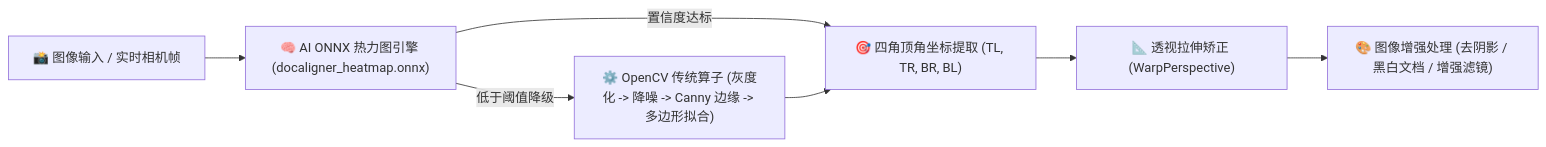
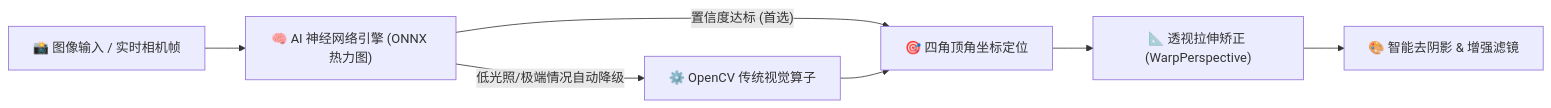
Before and after one commit to bronya19c818/firefly-scan: the first of 2 diagrams in README.md, drawn with Mermaid. The commit also changed other lines of this file, not shown here.

````diff
--- a/README.md
+++ b/README.md
@@ -138,9 +60,9 @@
 ```mermaid
 flowchart LR
-    Input["📸 图像输入 / 实时相机帧"] --> AI_Engine["🧠 AI ONNX 热力图引擎 (docaligner_heatmap.onnx)"]
-    AI_Engine -- "置信度达标" --> Quad["🎯 四角顶角坐标提取 (TL, TR, BR, BL)"]
-    AI_Engine -- "低于阈值降级" --> OpenCV_Engine["⚙️ OpenCV 传统算子 (灰度化 -> 降噪 -> Canny 边缘 -> 多边形拟合)"]
+    Input["📸 图像输入 / 实时相机帧"] --> AI_Engine["🧠 AI 神经网络引擎 (ONNX 热力图)"]
+    AI_Engine -- "置信度达标 (首选)" --> Quad["🎯 四角顶角坐标定位"]
+    AI_Engine -- "低光照/极端情况自动降级" --> OpenCV_Engine["⚙️ OpenCV 传统视觉算子"]
     OpenCV_Engine --> Quad
     Quad --> Warp["📐 透视拉伸矫正 (WarpPerspective)"]
-    Warp --> Filter["🎨 图像增强处理 (去阴影 / 黑白文档 / 增强滤镜)"]
+    Warp --> Filter["🎨 智能去阴影 & 增强滤镜"]
 ```
````
